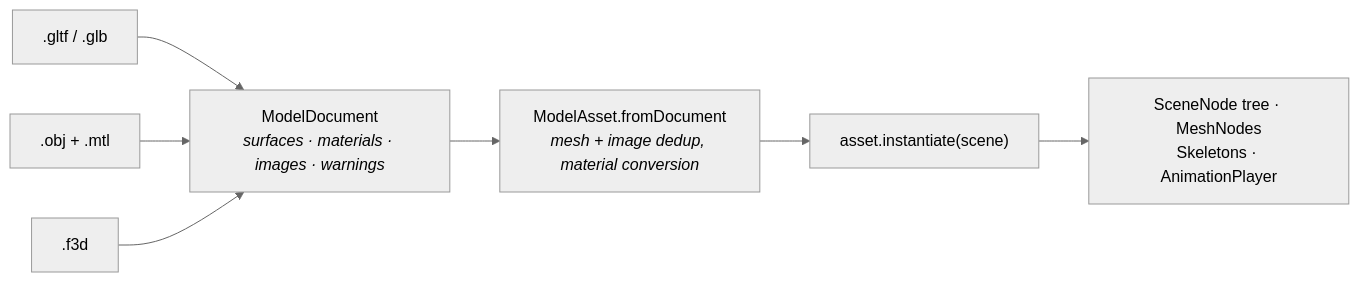
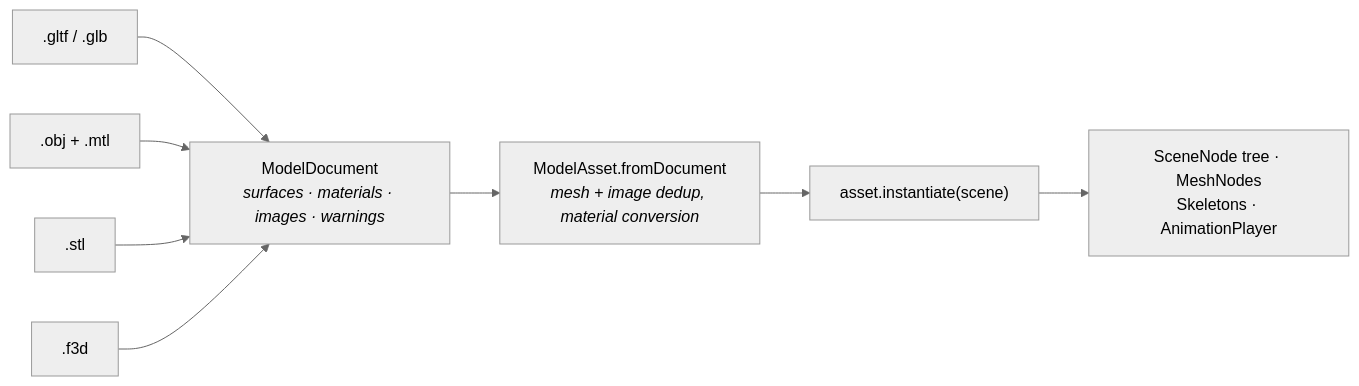
The diagram in site/content/core/assets.md (pleiondev/flutter3d), drawn with Mermaid (neutral theme) before and after one commit. The commit also changed other lines of this file and 3 other files, not shown here.

````diff
--- a/site/content/core/assets.md
+++ b/site/content/core/assets.md
@@ -13,10 +13,11 @@
 ```mermaid
 flowchart LR
   gltf[".gltf / .glb"] --> doc
   obj[".obj + .mtl"] --> doc
+  stl[".stl"] --> doc
   f3d[".f3d"] --> doc
   doc["ModelDocument<br><i>surfaces · materials · images · warnings</i>"]
   doc --> asset["ModelAsset.fromDocument<br><i>mesh + image dedup, material conversion</i>"]
   asset --> instance["asset.instantiate(scene)"]
   instance --> nodes["SceneNode tree · MeshNodes<br>Skeletons · AnimationPlayer"]
 ```
````
